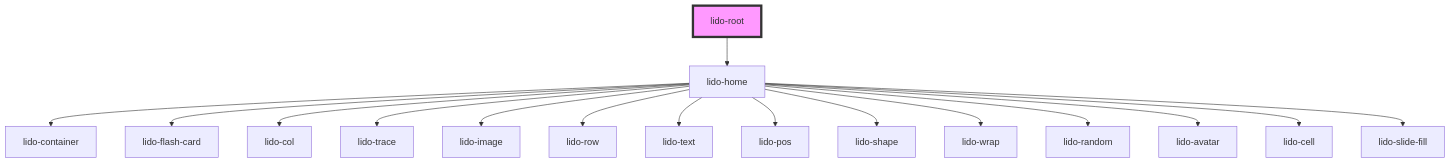
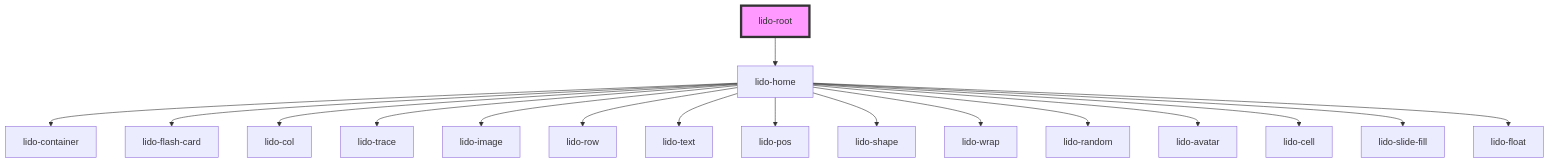
One commit to chimple/lido-player changed the diagram in src/components/root/readme.md. Above: the diagram before and after it, drawn with Mermaid. The commit also changed 13 other files, not shown here.

````diff
--- a/src/components/root/readme.md
+++ b/src/components/root/readme.md
@@ -26,19 +26,20 @@
 ```mermaid
 graph TD;
   lido-root --> lido-home
   lido-home --> lido-container
   lido-home --> lido-flash-card
   lido-home --> lido-col
   lido-home --> lido-trace
   lido-home --> lido-image
   lido-home --> lido-row
   lido-home --> lido-text
   lido-home --> lido-pos
   lido-home --> lido-shape
   lido-home --> lido-wrap
   lido-home --> lido-random
   lido-home --> lido-avatar
   lido-home --> lido-cell
   lido-home --> lido-slide-fill
+  lido-home --> lido-float
   style lido-root fill:#f9f,stroke:#333,stroke-width:4px
 ```
````
